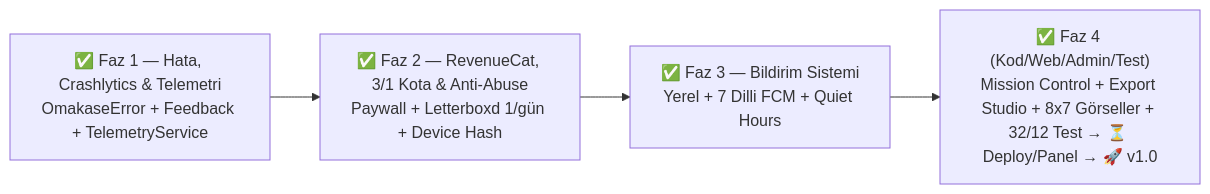
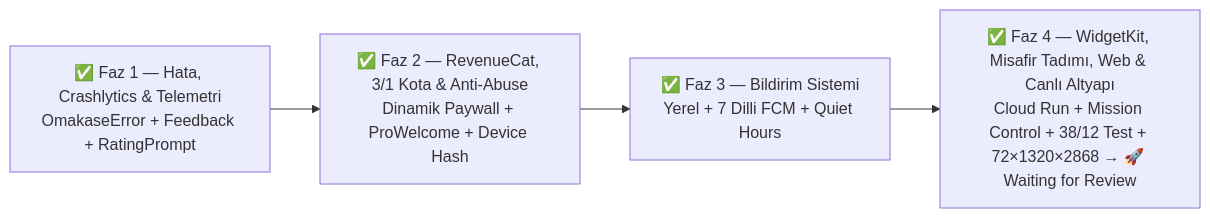
The diagram in docs/proje_durum_ve_mimari_raporu.md (kuzeysinay/omakase), drawn with Mermaid before and after one commit. The commit also changed other lines of this file and 8 other files, not shown here.

````diff
--- a/docs/proje_durum_ve_mimari_raporu.md
+++ b/docs/proje_durum_ve_mimari_raporu.md
@@ -131,6 +133,6 @@
 ```mermaid
 flowchart LR
-    F1["✅ Faz 1 — Hata, Crashlytics & Telemetri<br/>OmakaseError + Feedback + TelemetryService"] --> F2["✅ Faz 2 — RevenueCat, 3/1 Kota & Anti-Abuse<br/>Paywall + Letterboxd 1/gün + Device Hash"]
+    F1["✅ Faz 1 — Hata, Crashlytics & Telemetri<br/>OmakaseError + Feedback + RatingPrompt"] --> F2["✅ Faz 2 — RevenueCat, 3/1 Kota & Anti-Abuse<br/>Dinamik Paywall + ProWelcome + Device Hash"]
     F2 --> F3["✅ Faz 3 — Bildirim Sistemi<br/>Yerel + 7 Dilli FCM + Quiet Hours"]
-    F3 --> F4["✅ Faz 4 (Kod/Web/Admin/Test)<br/>Mission Control + Export Studio + 8x7 Görseller + 32/12 Test → ⏳ Deploy/Panel → 🚀 v1.0"]
+    F3 --> F4["✅ Faz 4 — WidgetKit, Misafir Tadımı, Web & Canlı Altyapı<br/>Cloud Run + Mission Control + 38/12 Test + 72×1320×2868 → 🚀 Waiting for Review"]
 ```
````
